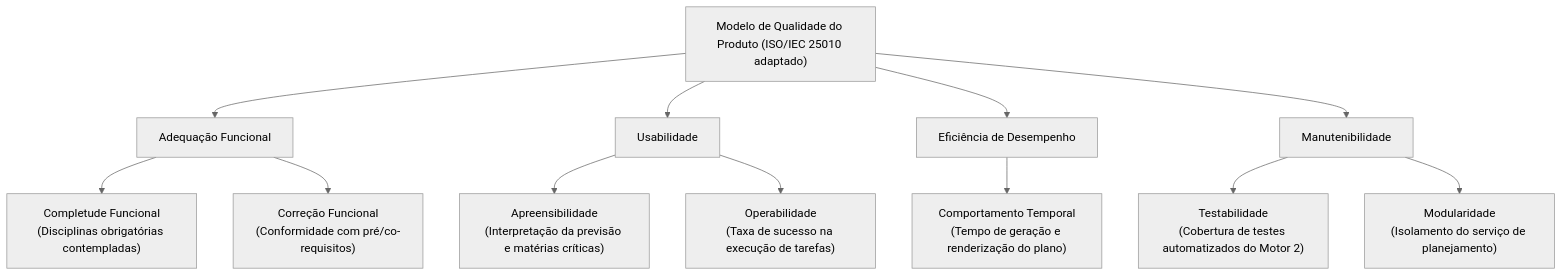
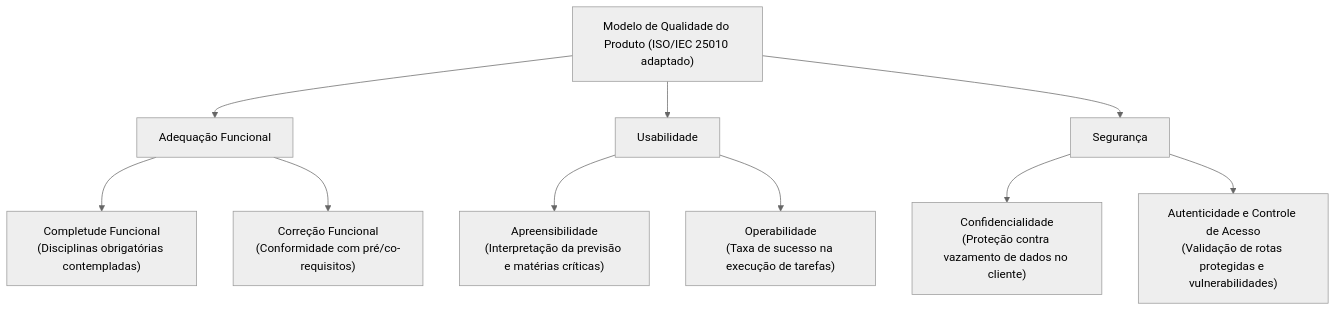
The diagram in docs/fases/fase1/modeloDeQualidade.md (FCTE-Qualidade-de-Software-1/2026-2_T02_JEAN_SAMMET), drawn with Mermaid (neutral theme) before and after one commit. The commit also changed other lines of this file and 10 other files, not shown here.

````diff
--- a/docs/fases/fase1/modeloDeQualidade.md
+++ b/docs/fases/fase1/modeloDeQualidade.md
@@ -25,18 +25,15 @@
 ```mermaid
 graph TD
     M["Modelo de Qualidade do Produto (ISO/IEC 25010 adaptado)"] --> C1["Adequação Funcional"]
     M --> C2["Usabilidade"]
-    M --> C3["Eficiência de Desempenho"]
-    M --> C4["Manutenibilidade"]
+    M --> C3["Segurança"]
     
     C1 --> S11["Completude Funcional<br/>(Disciplinas obrigatórias contempladas)"]
     C1 --> S12["Correção Funcional<br/>(Conformidade com pré/co-requisitos)"]
     
     C2 --> S21["Apreensibilidade<br/>(Interpretação da previsão e matérias críticas)"]
     C2 --> S22["Operabilidade<br/>(Taxa de sucesso na execução de tarefas)"]
     
-    C3 --> S31["Comportamento Temporal<br/>(Tempo de geração e renderização do plano)"]
-    
-    C4 --> S41["Testabilidade<br/>(Cobertura de testes automatizados do Motor 2)"]
-    C4 --> S42["Modularidade<br/>(Isolamento do serviço de planejamento)"]
+    C3 --> S31["Confidencialidade<br/>(Proteção contra vazamento de dados no cliente)"]
+    C3 --> S32["Autenticidade e Controle de Acesso<br/>(Validação de rotas protegidas e vulnerabilidades)"]
 ```
````
